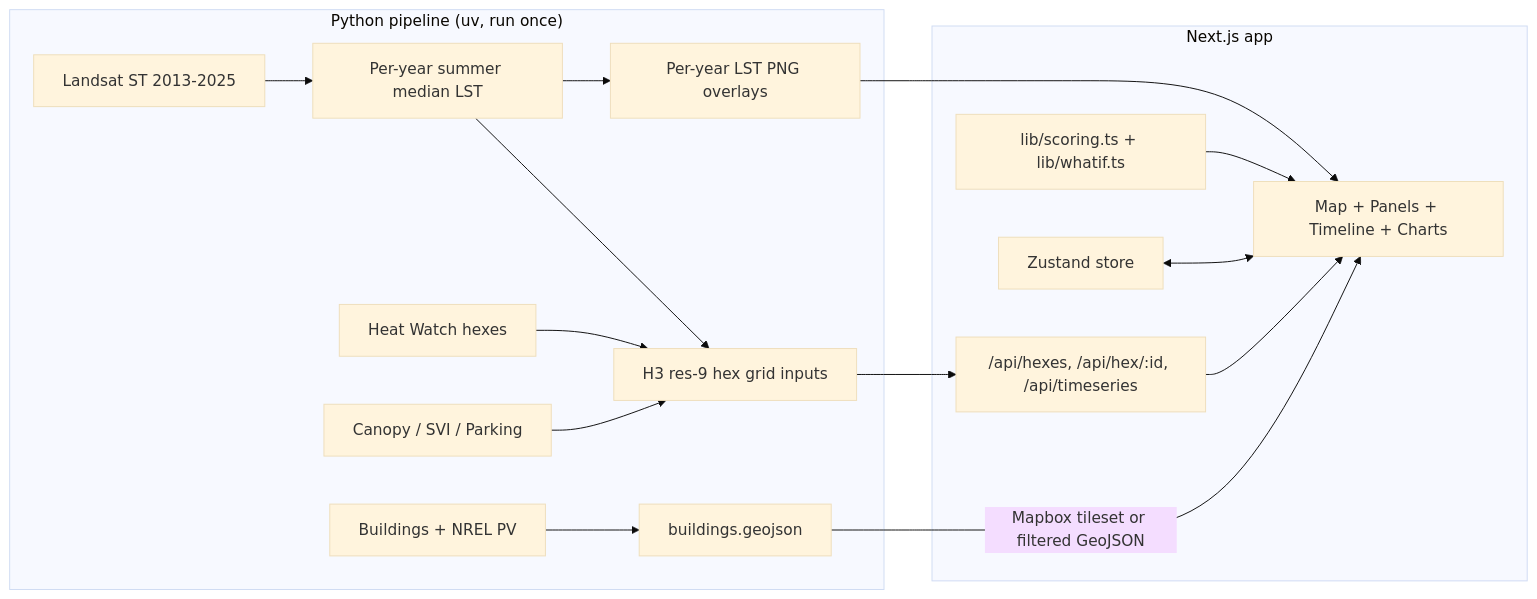
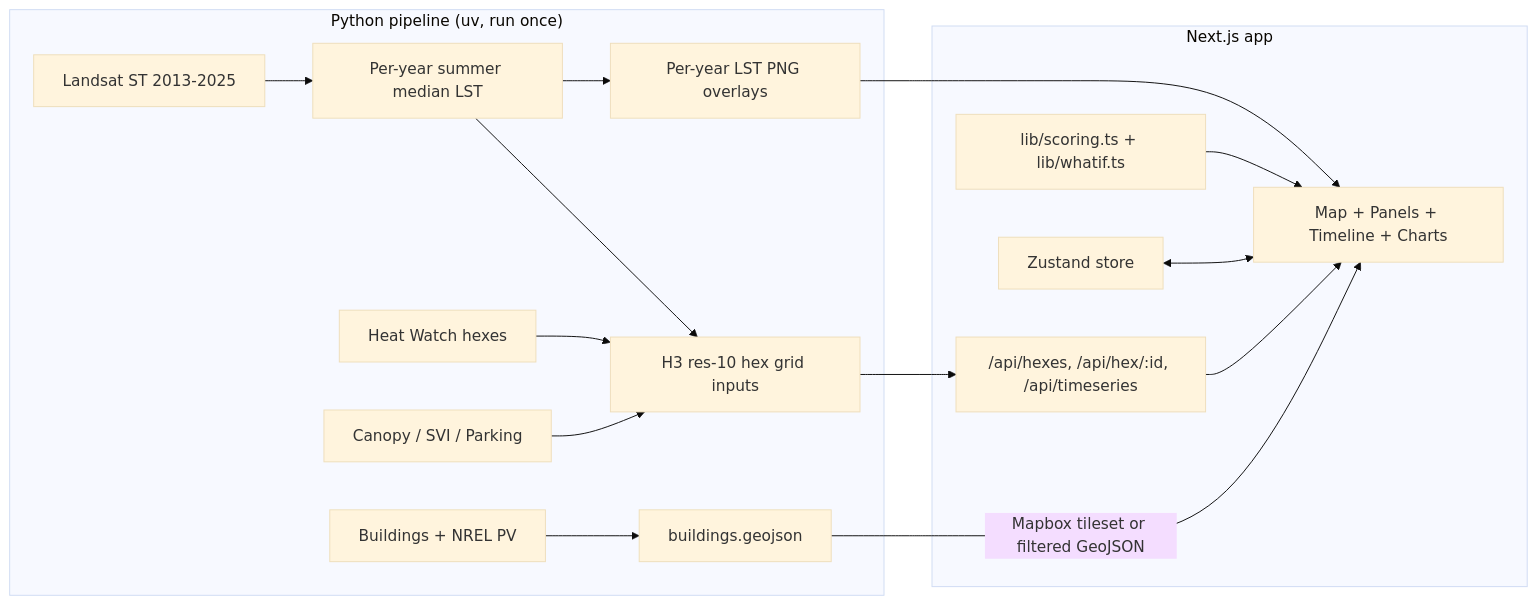
Before and after one commit to lvcasmadeit/coolboston: the diagram in PLAN.md, drawn with Mermaid (base theme). The commit also changed other lines of this file and 2 other files, not shown here.

Commit message:
docs: record res-10 grid, 18 m slab, rainbow ramp and camera/basemap limits

````diff
--- a/PLAN.md
+++ b/PLAN.md
@@ -51,23 +51,23 @@
 ```mermaid
 flowchart LR
   subgraph Offline["Python pipeline (uv, run once)"]
     A[Landsat ST 2013-2025] --> P[Per-year summer median LST]
     B[Heat Watch hexes] --> G
     C[Canopy / SVI / Parking] --> G
     D[Buildings + NREL PV] --> BLD[buildings.geojson]
-    P --> G[H3 res-9 hex grid inputs]
+    P --> G[H3 res-10 hex grid inputs]
     P --> R[Per-year LST PNG overlays]
   end
   subgraph Next["Next.js app"]
     API["/api/hexes, /api/hex/:id, /api/timeseries"]
     S[lib/scoring.ts + lib/whatif.ts]
     UI[Map + Panels + Timeline + Charts]
     Z[Zustand store]
   end
   G --> API
   R --> UI
   BLD -->|Mapbox tileset or filtered GeoJSON| UI
   API --> UI
   S --> UI
   Z <--> UI
 ```
````
